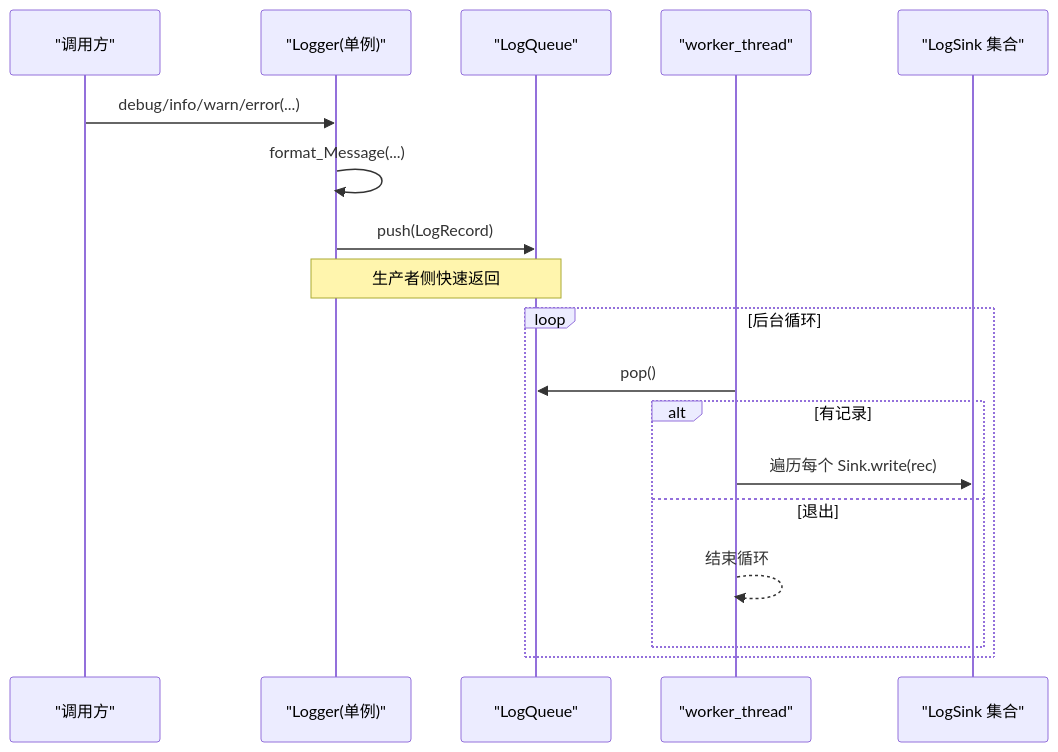
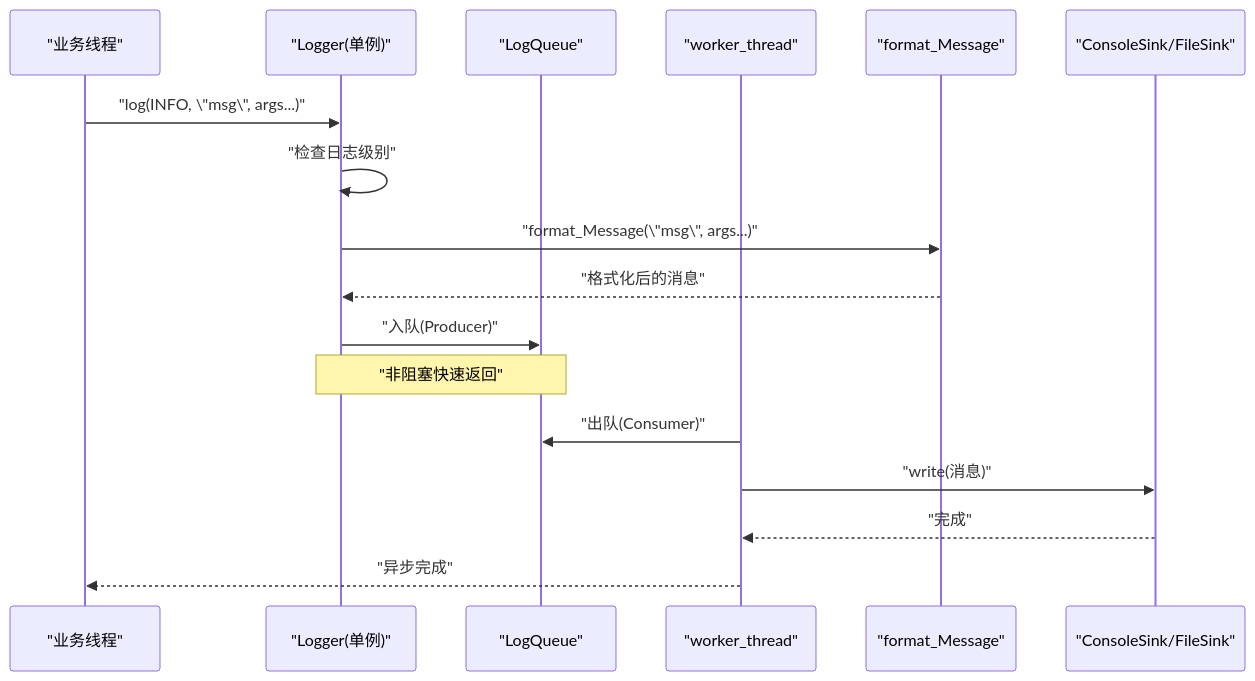
The second of 7 diagrams in .qoder/repowiki/zh/content/日志系统.md (Lukad77/awr1843-radar-toolkit), drawn with Mermaid before and after one commit. The commit also changed other lines of this file and 106 other files, not shown here.

````diff
--- a/.qoder/repowiki/zh/content/日志系统.md
+++ b/.qoder/repowiki/zh/content/日志系统.md
@@ -82,20 +86,19 @@
 ```mermaid
 sequenceDiagram
-participant Caller as "调用方"
+participant App as "业务线程"
 participant Logger as "Logger(单例)"
 participant Queue as "LogQueue"
 participant Worker as "worker_thread"
-participant Sinks as "LogSink 集合"
-Caller->>Logger : debug/info/warn/error(...)
-Logger->>Logger : format_Message(...)
-Logger->>Queue : push(LogRecord)
-Note over Logger,Queue : 生产者侧快速返回
-loop 后台循环
-Worker->>Queue : pop()
-alt 有记录
-Worker->>Sinks : 遍历每个 Sink.write(rec)
-else 退出
-Worker-->>Worker : 结束循环
-end
-end
+participant Formatter as "format_Message"
+participant Sink as "ConsoleSink/FileSink"
+App->>Logger : "log(INFO, \"msg\", args...)"
+Logger->>Logger : "检查日志级别"
+Logger->>Formatter : "format_Message(\"msg\", args...)"
+Formatter-->>Logger : "格式化后的消息"
+Logger->>Queue : "入队(Producer)"
+Note over Logger,Queue : "非阻塞快速返回"
+Worker->>Queue : "出队(Consumer)"
+Worker->>Sink : "write(消息)"
+Sink-->>Worker : "完成"
+Worker-->>App : "异步完成"
 ```
````
